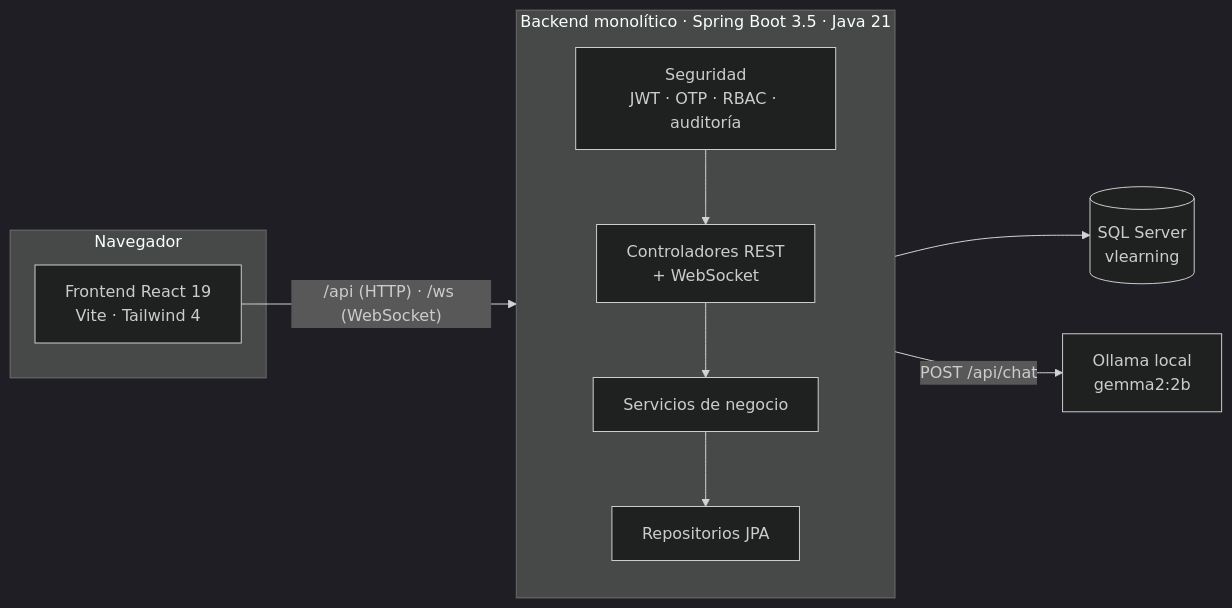
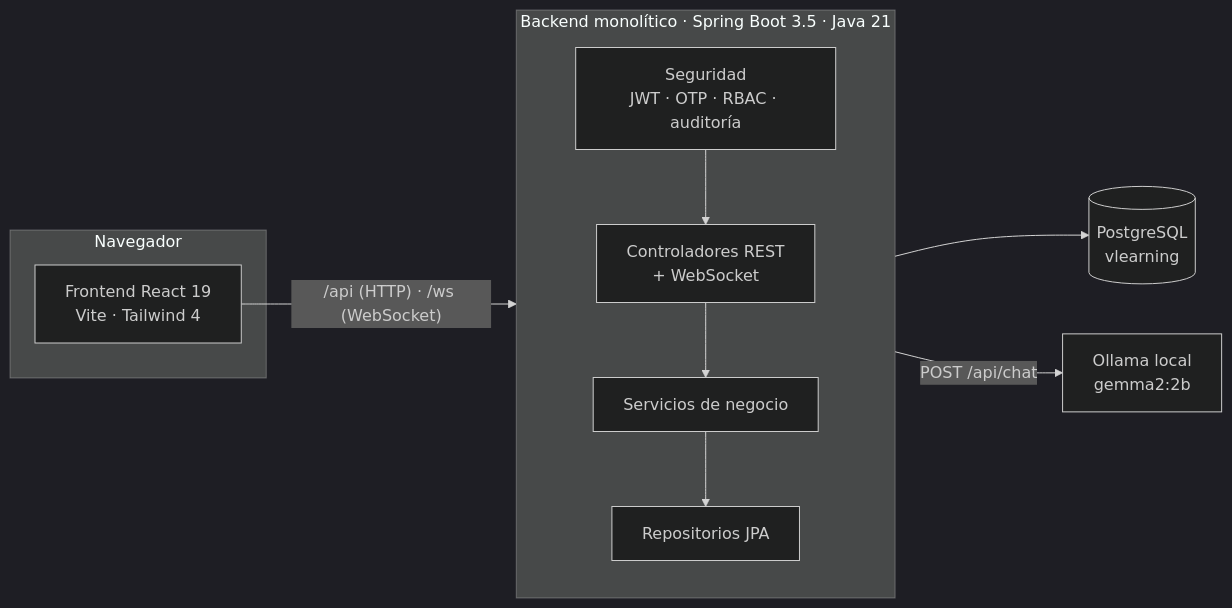
Before and after one commit to Dragonico1/V-learning: the first of 2 diagrams in README.md, drawn with Mermaid (dark theme). The commit also changed other lines of this file and 23 other files, not shown here.

First line of the commit message:
Migra la base de datos de SQL Server a PostgreSQL

````diff
--- a/README.md
+++ b/README.md
@@ -57,19 +57,19 @@
 ```mermaid
 flowchart LR
     subgraph Navegador
         FE["Frontend React 19<br/>Vite · Tailwind 4"]
     end
     subgraph Monolito["Backend monolítico · Spring Boot 3.5 · Java 21"]
         direction TB
         SEC["Seguridad<br/>JWT · OTP · RBAC · auditoría"]
         CTL["Controladores REST<br/>+ WebSocket"]
         SRV["Servicios de negocio"]
         REP["Repositorios JPA"]
         SEC --> CTL --> SRV --> REP
     end
-    DB[("SQL Server<br/>vlearning")]
+    DB[("PostgreSQL<br/>vlearning")]
     OLL["Ollama local<br/>gemma2:2b"]
     FE -- "/api (HTTP) · /ws (WebSocket)" --> SEC
     REP --> DB
     SRV -- "POST /api/chat" --> OLL
 ```
````
